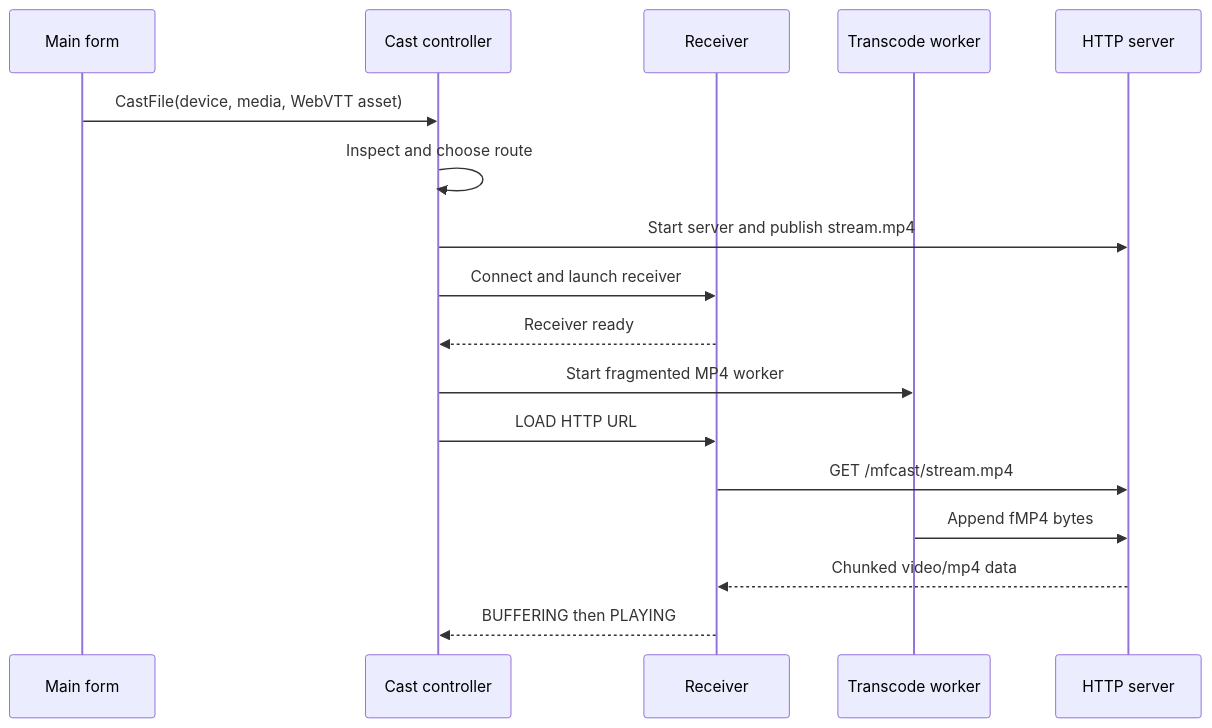
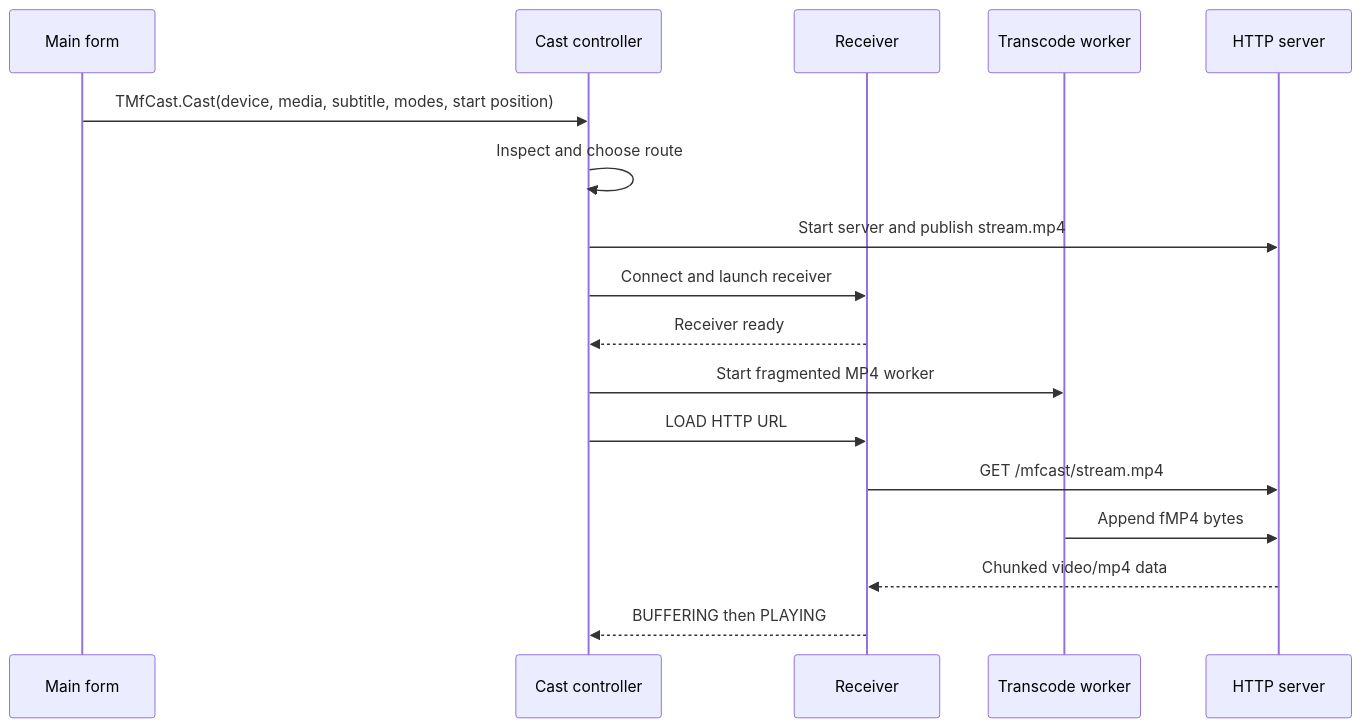
Before and after one commit to FactoryXCode/MfPack: the fifth of 5 diagrams in MfPack/Samples/MfPlayer X2/Docs/MfPlayer_X2_Architecture_and_Chromecast.md, drawn with Mermaid. The commit also changed other lines of this file and 14 other files, not shown here.

````diff
--- a/MfPack/Samples/MfPlayer X2/Docs/MfPlayer_X2_Architecture_and_Chromecast.md
+++ b/MfPack/Samples/MfPlayer X2/Docs/MfPlayer_X2_Architecture_and_Chromecast.md
@@ -363,20 +362,20 @@
 ```mermaid
 sequenceDiagram
     participant UI as Main form
     participant C as Cast controller
     participant R as Receiver
     participant T as Transcode worker
     participant H as HTTP server
 
-    UI->>C: CastFile(device, media, WebVTT asset)
+    UI->>C: TMfCast.Cast(device, media, subtitle, modes, start position)
     C->>C: Inspect and choose route
     C->>H: Start server and publish stream.mp4
     C->>R: Connect and launch receiver
     R-->>C: Receiver ready
     C->>T: Start fragmented MP4 worker
     C->>R: LOAD HTTP URL
     R->>H: GET /mfcast/stream.mp4
     T->>H: Append fMP4 bytes
     H-->>R: Chunked video/mp4 data
     R-->>C: BUFFERING then PLAYING
 ```
````
